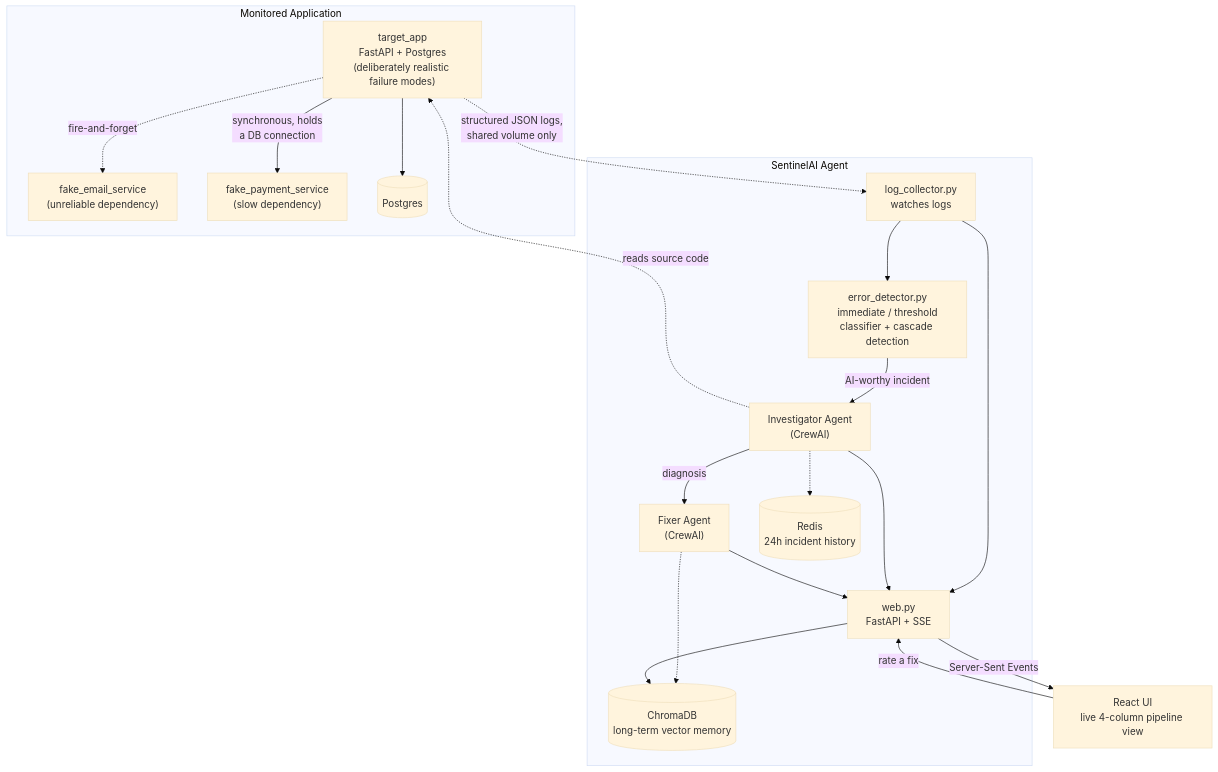
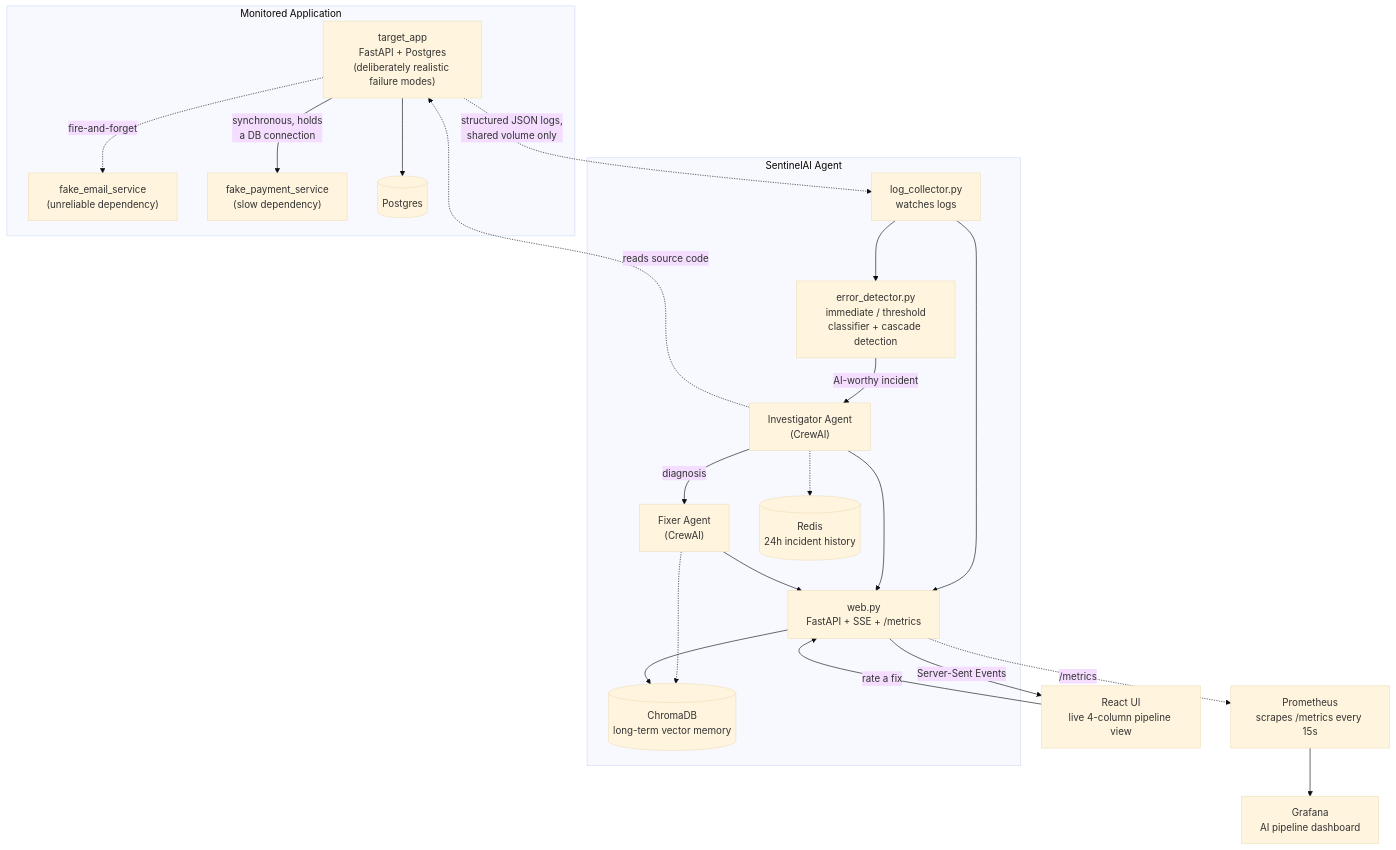
One commit to anuanas2007/sentinelai changed the diagram in README.md. Above: the diagram before and after it, drawn with Mermaid (base theme). The commit also changed other lines of this file and 13 other files, not shown here.

First line of the commit message:
feat: add Prometheus metrics + Grafana dashboard for AI pipeline observability

````diff
--- a/README.md
+++ b/README.md
@@ -17,38 +17,42 @@
 ```mermaid
 flowchart TB
     subgraph monitored["Monitored Application"]
         TA["target_app<br/>FastAPI + Postgres<br/>(deliberately realistic failure modes)"]
         FE["fake_email_service<br/>(unreliable dependency)"]
         FP["fake_payment_service<br/>(slow dependency)"]
         PG[("Postgres")]
         TA --> PG
         TA -. "fire-and-forget" .-> FE
         TA -- "synchronous, holds<br/>a DB connection" --> FP
     end
 
     subgraph agent["SentinelAI Agent"]
         LC["log_collector.py<br/>watches logs"]
         ED["error_detector.py<br/>immediate / threshold<br/>classifier + cascade detection"]
         INV["Investigator Agent<br/>(CrewAI)"]
         FIX["Fixer Agent<br/>(CrewAI)"]
         RD[("Redis<br/>24h incident history")]
         VM[("ChromaDB<br/>long-term vector memory")]
-        WEB["web.py<br/>FastAPI + SSE"]
+        WEB["web.py<br/>FastAPI + SSE + /metrics"]
     end
 
     UI["React UI<br/>live 4-column pipeline view"]
+    PROM["Prometheus<br/>scrapes /metrics every 15s"]
+    GRAF["Grafana<br/>AI pipeline dashboard"]
 
     TA -. "structured JSON logs,<br/>shared volume only" .-> LC
     LC --> ED
     ED -- "AI-worthy incident" --> INV
     INV -. "reads source code" .-> TA
     INV -- "diagnosis" --> FIX
     INV -.-> RD
     FIX -.-> VM
     LC --> WEB
     INV --> WEB
     FIX --> WEB
     WEB -- "Server-Sent Events" --> UI
     UI -- "rate a fix" --> WEB
     WEB --> VM
+    WEB -. "/metrics" .-> PROM
+    PROM --> GRAF
 ```
````
